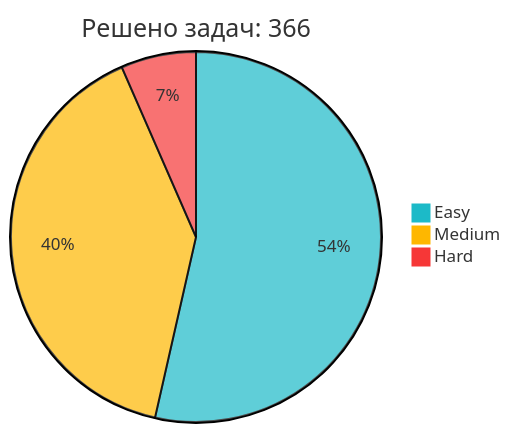
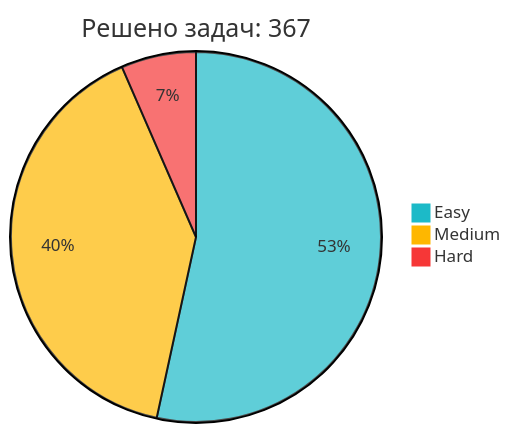
The diagram in README.md (IliaKurdukov/IliaKurdukov), drawn with Mermaid before and after one commit. The commit also changed other lines of this file, not shown here.

Commit message:
📈 Обновление статистики LeetCode

````diff
--- a/README.md
+++ b/README.md
@@ -51,7 +51,7 @@
 ```mermaid
 %%{init: {'theme': 'base', 'themeVariables': { 'pie1': '#1CBAC8', 'pie2': '#FEB700', 'pie3': '#F63737' }, 'config': {'width': 300, 'height': 200}}}%%
-pie title Решено задач: 366
+pie title Решено задач: 367
    "Easy" : 196
-   "Medium" : 146
+   "Medium" : 147
    "Hard" : 24
 ```
````
